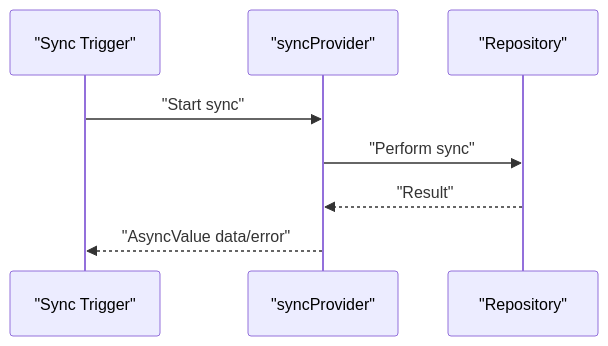
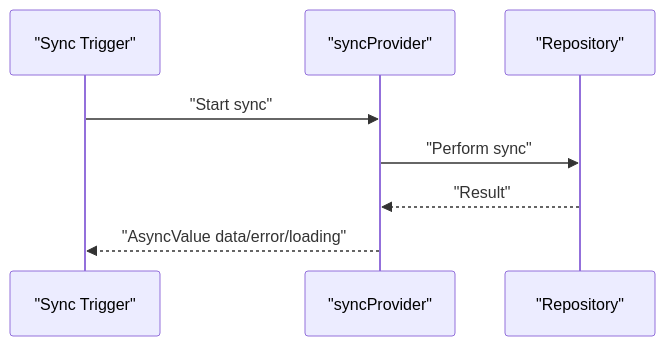
One commit to favoroo/QNote changed the fifth of 10 diagrams in .qoder/repowiki/en/content/Architecture Overview/State Management Architecture.md. Above: the diagram before and after it, drawn with Mermaid. The commit also changed other lines of this file and 68 other files, not shown here.

````diff
--- a/.qoder/repowiki/en/content/Architecture Overview/State Management Architecture.md
+++ b/.qoder/repowiki/en/content/Architecture Overview/State Management Architecture.md
@@ -229,10 +238,10 @@
 ```mermaid
 sequenceDiagram
 participant UI as "Sync Trigger"
 participant Sync as "syncProvider"
 participant Repo as "Repository"
 UI->>Sync : "Start sync"
 Sync->>Repo : "Perform sync"
 Repo-->>Sync : "Result"
-Sync-->>UI : "AsyncValue data/error"
+Sync-->>UI : "AsyncValue data/error/loading"
 ```
````
